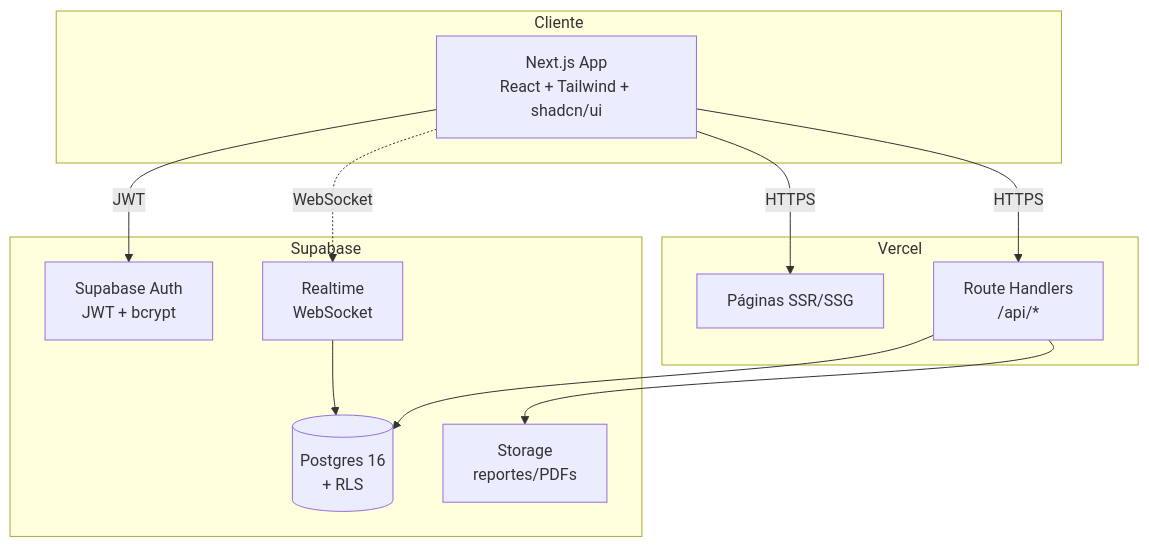
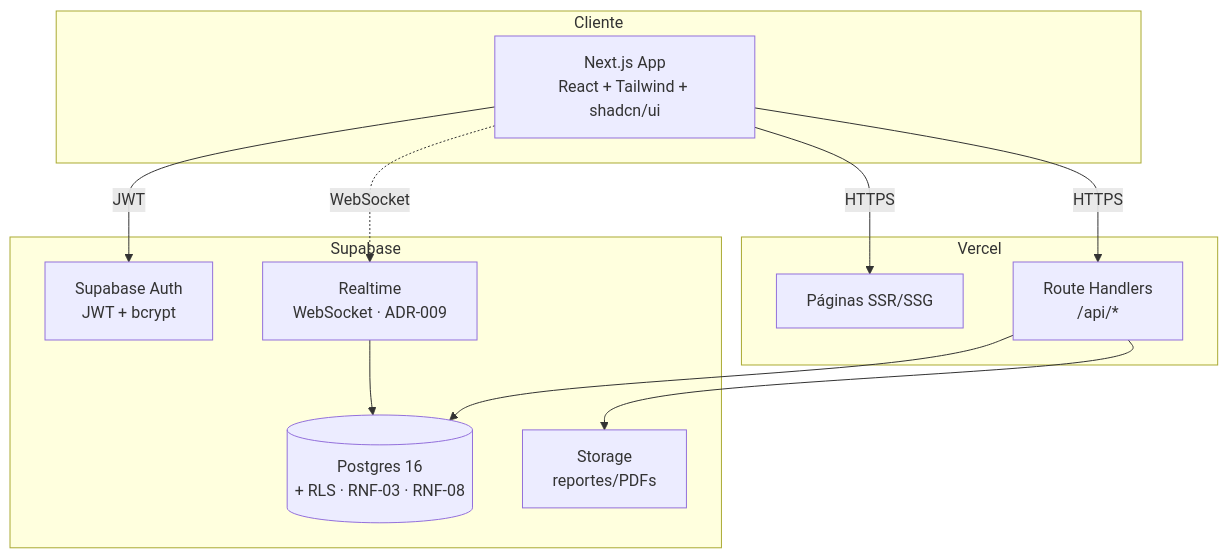
The first of 3 diagrams in docs/SGIL_documento_tecnico.md (Samuel-Tabares/proyecto-nuclear), drawn with Mermaid before and after one commit. The commit also changed other lines of this file and 16 other files, not shown here.

````diff
--- a/docs/SGIL_documento_tecnico.md
+++ b/docs/SGIL_documento_tecnico.md
@@ -113,26 +118,26 @@
 ```mermaid
 graph TB
     subgraph Cliente
         UI[Next.js App<br/>React + Tailwind + shadcn/ui]
     end
 
     subgraph Vercel
         Pages[Páginas SSR/SSG]
         API[Route Handlers<br/>/api/*]
     end
 
     subgraph Supabase
         Auth[Supabase Auth<br/>JWT + bcrypt]
-        DB[(Postgres 16<br/>+ RLS)]
-        RT[Realtime<br/>WebSocket]
+        DB[(Postgres 16<br/>+ RLS · RNF-03 · RNF-08)]
+        RT[Realtime<br/>WebSocket · ADR-009]
         Storage[Storage<br/>reportes/PDFs]
     end
 
     UI -->|HTTPS| Pages
     UI -->|HTTPS| API
     UI -->|JWT| Auth
     UI -.->|WebSocket| RT
     API --> DB
     RT --> DB
     API --> Storage
 ```
````
